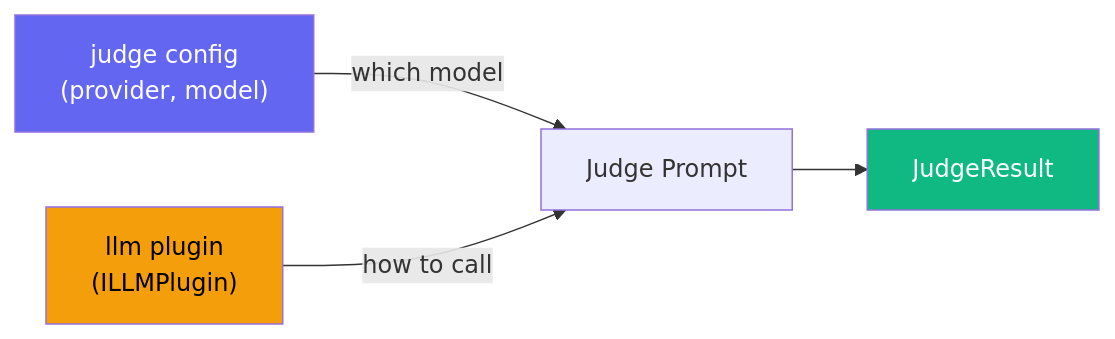
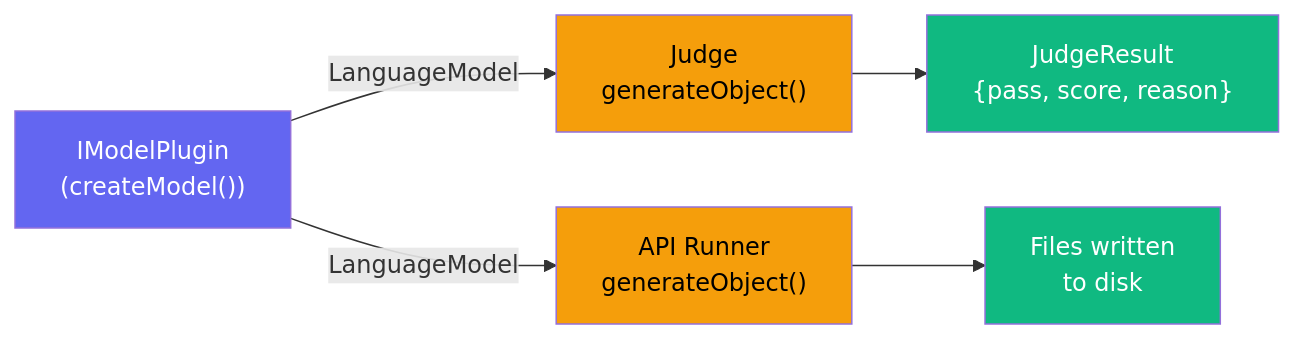
The diagram in apps/docs/guide/plugins-llm.md (Tlahey/agent-eval), drawn with Mermaid before and after one commit. The commit also changed other lines of this file and 68 other files, not shown here.

First line of the commit message:
refactor(core): decouple plugin architecture with IModelPlugin and IRunnerPlugin (#7)

````diff
--- a/apps/docs/guide/plugins-llm.md
+++ b/apps/docs/guide/plugins-llm.md
@@ -199,10 +154,13 @@
 ```mermaid
 flowchart LR
-    JC["judge config<br/>(provider, model)"] --> |"which model"| JP["Judge Prompt"]
-    LP["llm plugin<br/>(ILLMPlugin)"] --> |"how to call"| JP
-    JP --> R["JudgeResult"]
+    MP["IModelPlugin<br/>(createModel())"] --> |"LanguageModel"| J["Judge<br/>generateObject()"]
+    MP --> |"LanguageModel"| AR["API Runner<br/>generateObject()"]
+    J --> R["JudgeResult<br/>{pass, score, reason}"]
+    AR --> F["Files written<br/>to disk"]
 
-    style JC fill:#6366f1,color:#fff
-    style LP fill:#f59e0b,color:#000
+    style MP fill:#6366f1,color:#fff
+    style J fill:#f59e0b,color:#000
+    style AR fill:#f59e0b,color:#000
     style R fill:#10b981,color:#fff
+    style F fill:#10b981,color:#fff
 ```
````
